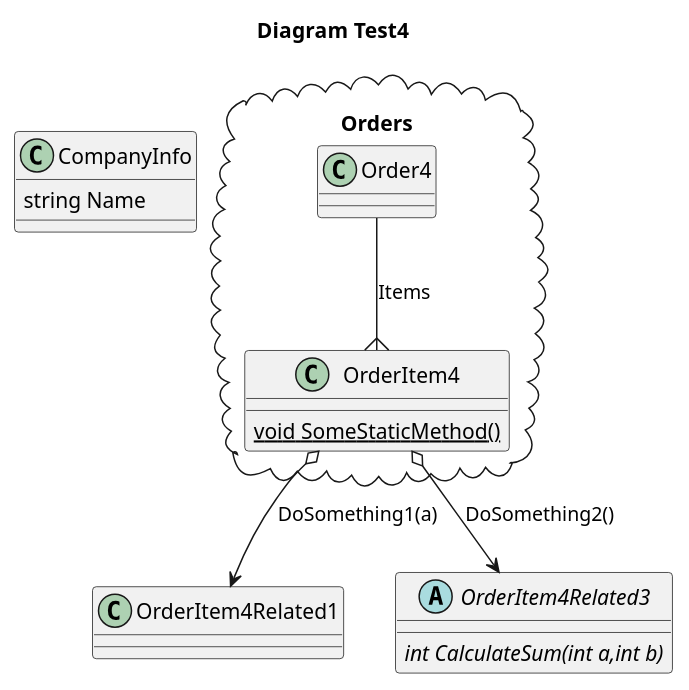
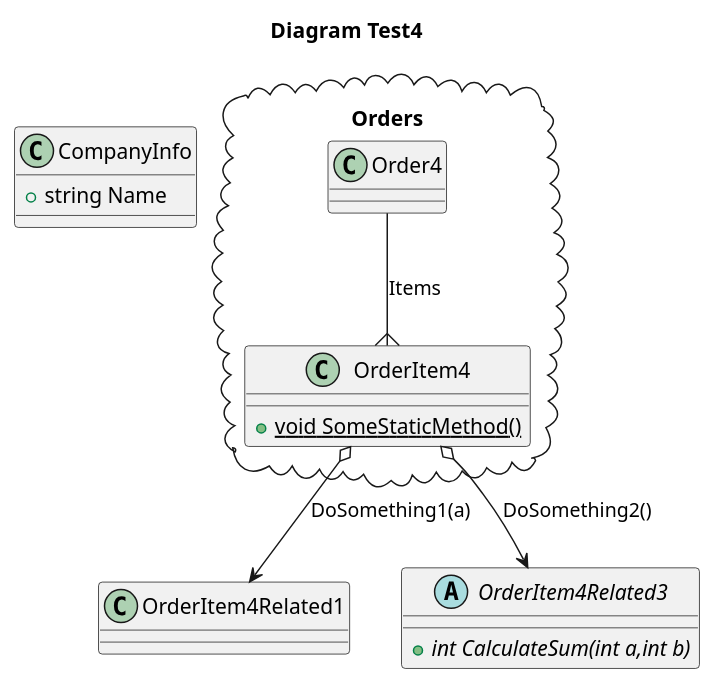
One commit to isukces/AutoUml changed the diagram in docs/testsResults/T12_Should_mark_static_method.puml. Above: the diagram before and after it, drawn with PlantUML. The commit also changed 11 other files, not shown here.

```diff
--- a/docs/testsResults/T12_Should_mark_static_method.puml
+++ b/docs/testsResults/T12_Should_mark_static_method.puml
@@ -1,30 +1,30 @@
 @startuml
 title
  Diagram Test4
 end title
 
 class CompanyInfo
 {
-    string Name
+    +string Name
 }
 class OrderItem4Related1
 {
 }
 abstract class OrderItem4Related3
 {
-    {abstract} int CalculateSum(int a,int b)
+    +{abstract} int CalculateSum(int a,int b)
 }
 package Orders <<Cloud>> {
     class Order4
     {
     }
     class OrderItem4
     {
-        {static} void SomeStaticMethod()
+        +{static} void SomeStaticMethod()
     }
 }
 
 Order4 --{ OrderItem4:Items
 OrderItem4 o--> OrderItem4Related1:"DoSomething1(a)"
 OrderItem4 o--> OrderItem4Related3:"DoSomething2()"
 @enduml
```
